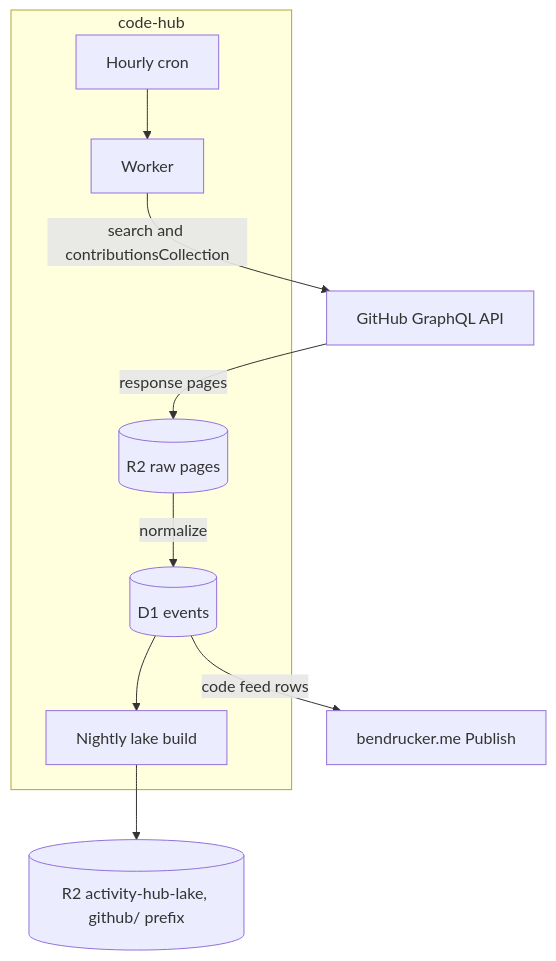
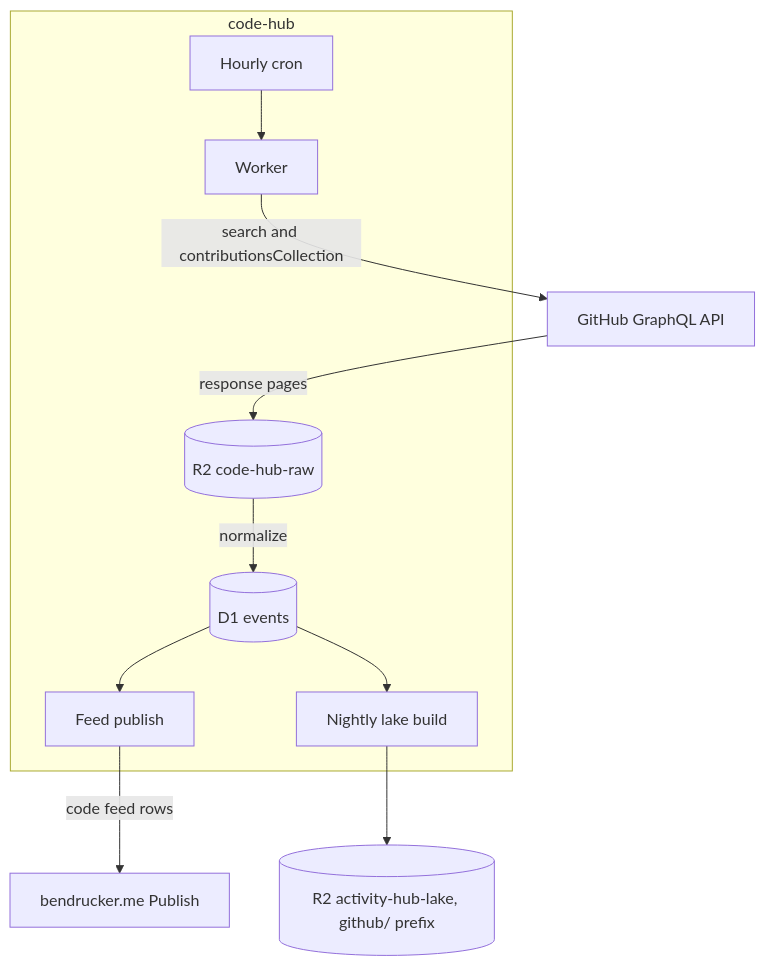
The diagram in README.md (bendrucker/code-hub), drawn with Mermaid before and after one commit. The commit also changed other lines of this file and 1 other file, not shown here.

````diff
--- a/README.md
+++ b/README.md
@@ -15,22 +15,23 @@
 ```mermaid
 flowchart TB
     api[GitHub GraphQL API]
 
     subgraph hub [code-hub]
         cron[Hourly cron]
         worker[Worker]
-        raw[(R2 raw pages)]
+        raw[(R2 code-hub-raw)]
         d1[(D1 events)]
+        feed[Feed publish]
         lakecron[Nightly lake build]
     end
 
     lake[(R2 activity-hub-lake, github/ prefix)]
     site[bendrucker.me Publish]
 
     cron --> worker
     worker -->|search and contributionsCollection| api
     api -->|response pages| raw
     raw -->|normalize| d1
-    d1 -->|code feed rows| site
+    d1 --> feed -->|code feed rows| site
     d1 --> lakecron --> lake
 ```
````
